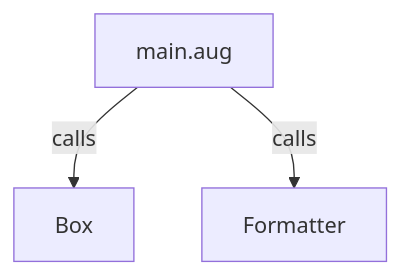
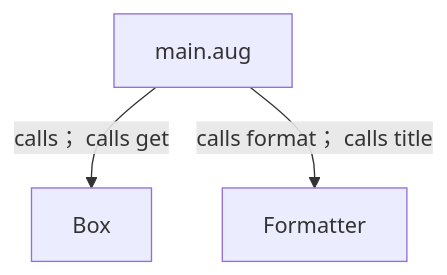
Before and after one commit to GreenPandaStudios/augscript: the first of 2 diagrams in docs/examples/generics/main-diagrams.md, drawn with Mermaid. The commit also changed other lines of this file and 304 other files, not shown here.

Commit message:
Make generated data-flow sequences concise and review every diagram

````diff
--- a/docs/examples/generics/main-diagrams.md
+++ b/docs/examples/generics/main-diagrams.md
@@ -19,8 +19,8 @@
 ```mermaid
 flowchart TD
     n0["main.aug"]
     n1["Box"]
     n2["Formatter"]
-    n0 -->|"calls"| n1
-    n0 -->|"calls"| n2
+    n0 -->|"calls； calls get"| n1
+    n0 -->|"calls format； calls title"| n2
 ```
````
